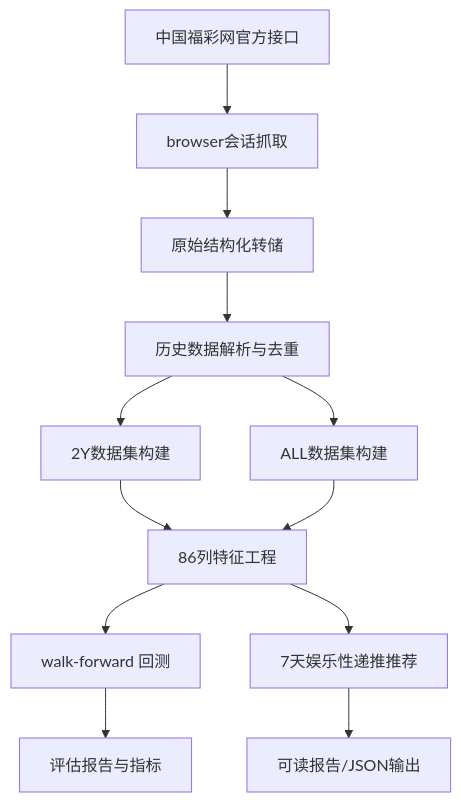
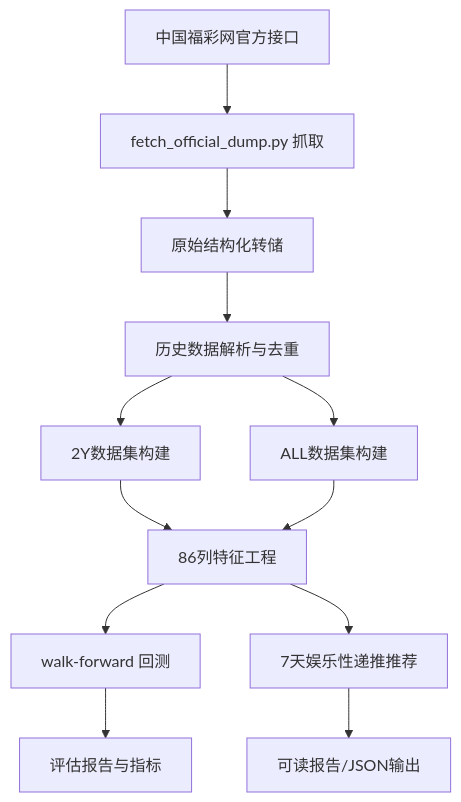
One commit to mmwei258/fucai3d-research changed the diagram in README.md. Above: the diagram before and after it, drawn with Mermaid. The commit also changed other lines of this file and 2 other files, not shown here.

First line of the commit message:
feat: add official-API dump refresher and one-click runner

````diff
--- a/README.md
+++ b/README.md
@@ -113,14 +121,14 @@
 ```mermaid
 flowchart TD
-    A[中国福彩网官方接口] --> B[browser会话抓取]
+    A[中国福彩网官方接口] --> B[fetch_official_dump.py 抓取]
     B --> C[原始结构化转储]
     C --> D[历史数据解析与去重]
     D --> E[2Y数据集构建]
     D --> F[ALL数据集构建]
     E --> G[86列特征工程]
     F --> G
     G --> H[walk-forward 回测]
     H --> I[评估报告与指标]
     G --> J[7天娱乐性递推推荐]
     J --> K[可读报告/JSON输出]
 ```
````
